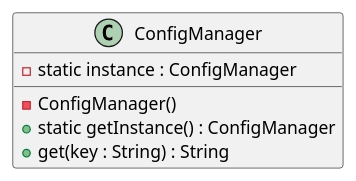
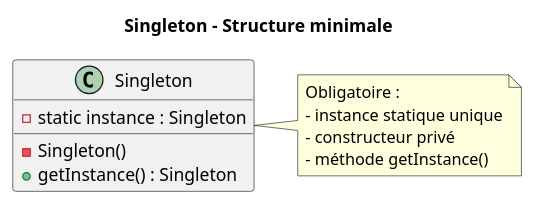
Before and after one commit to adamelhorri/COURS-M2-MIAGE-IPM: the fourth of 23 diagrams in Preparation Exam/Prepa du CC 25-09-2025/Prepa Back du CC 25-09-2025.md, drawn with PlantUML. The commit also changed other lines of this file and 14 other files, not shown here.

````diff
--- a/Preparation Exam/Prepa du CC 25-09-2025/Prepa Back du CC 25-09-2025.md
+++ b/Preparation Exam/Prepa du CC 25-09-2025/Prepa Back du CC 25-09-2025.md
@@ -56,10 +56,19 @@
 ```plantuml
 @startuml
-class ConfigManager {
-  - static instance : ConfigManager
-  - ConfigManager()
-  + static getInstance() : ConfigManager
-  + get(key : String) : String
+title Singleton - Structure minimale
+
+class Singleton {
+  - static instance : Singleton
+  - Singleton()
+  + getInstance() : Singleton
 }
+
+note right of Singleton
+Obligatoire :
+- instance statique unique
+- constructeur privé
+- méthode getInstance()
+end note
 @enduml
+
 ```
````
